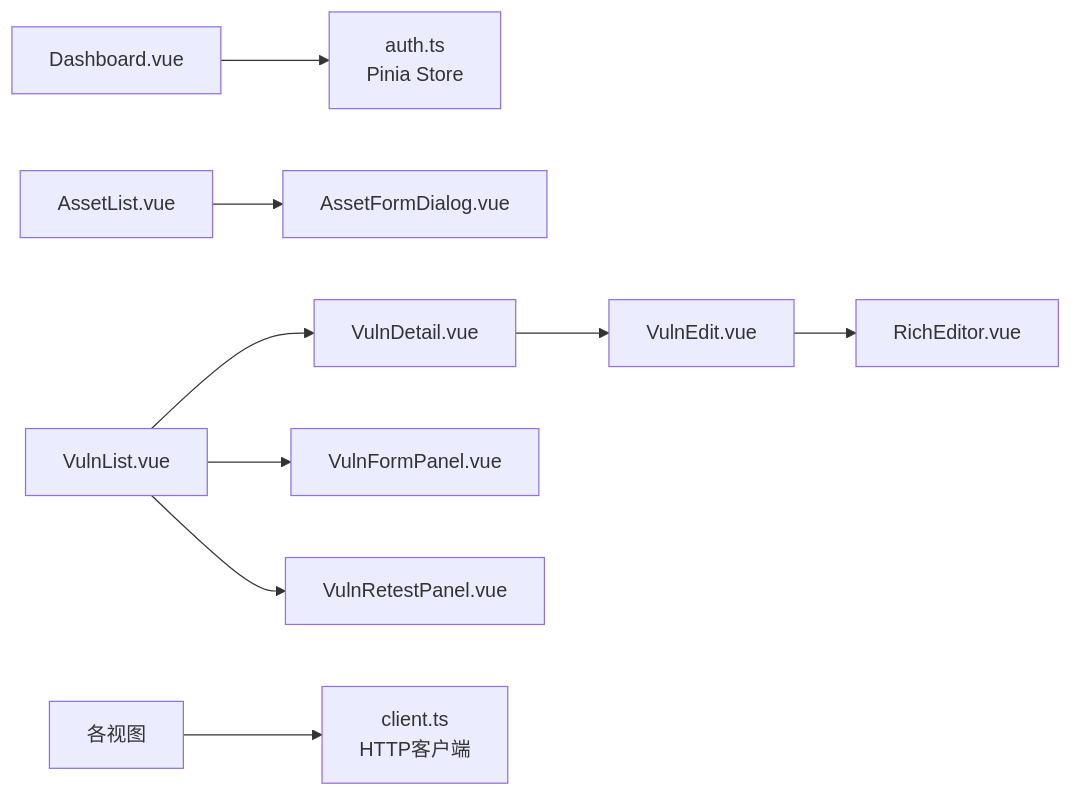
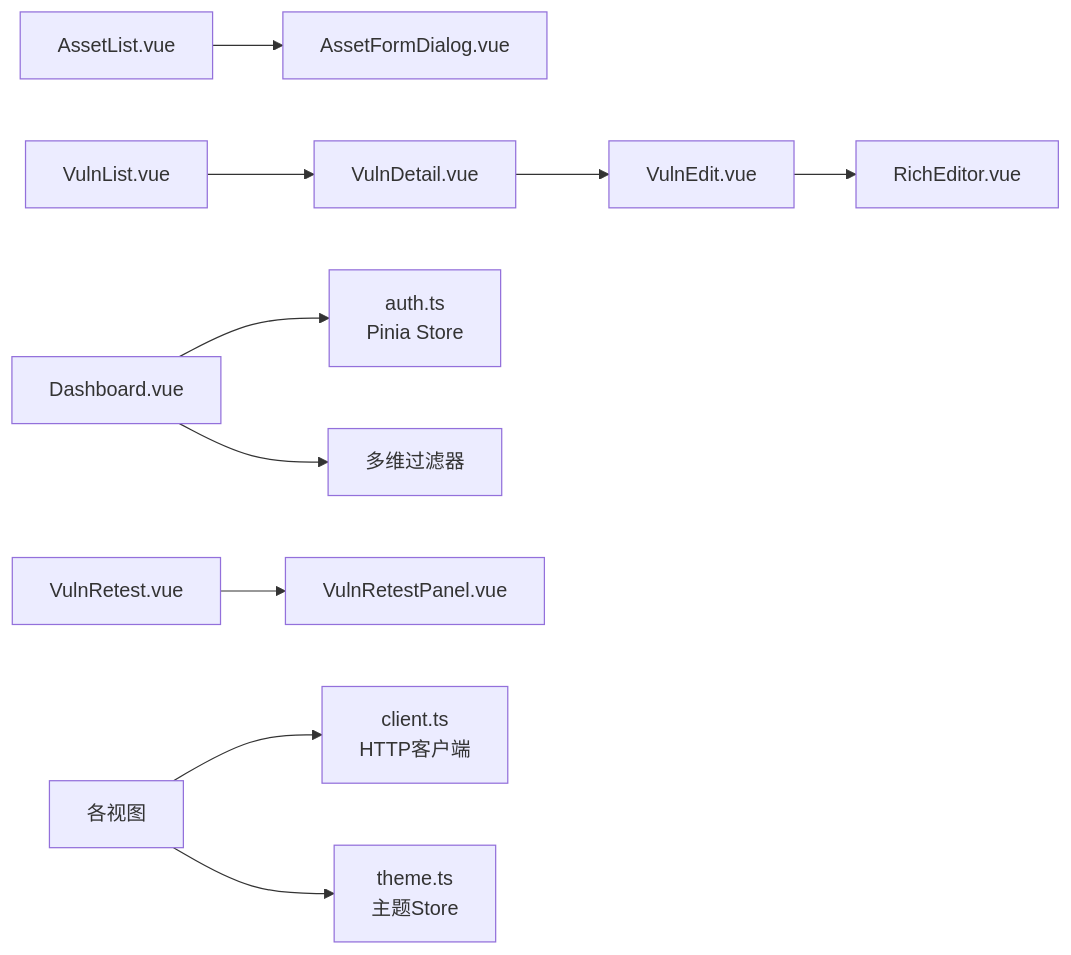
The fifth of 6 diagrams in .qoder/repowiki/zh/content/前端组件/前端组件.md (vu1Art1st/talos), drawn with Mermaid before and after one commit. The commit also changed other lines of this file and 132 other files, not shown here.

````diff
--- a/.qoder/repowiki/zh/content/前端组件/前端组件.md
+++ b/.qoder/repowiki/zh/content/前端组件/前端组件.md
@@ -301,11 +371,12 @@
 ```mermaid
 graph LR
 Dashboard["Dashboard.vue"] --> Store["auth.ts<br/>Pinia Store"]
 AssetList["AssetList.vue"] --> Dialog["AssetFormDialog.vue"]
 VulnList["VulnList.vue"] --> Detail["VulnDetail.vue"]
 Detail --> Edit["VulnEdit.vue"]
 Edit --> Editor["RichEditor.vue"]
-VulnList --> VulnForm["VulnFormPanel.vue"]
-VulnList --> Retest["VulnRetestPanel.vue"]
+VulnRetest["VulnRetest.vue"] --> RetestPanel["VulnRetestPanel.vue"]
 AllViews["各视图"] --> API["client.ts<br/>HTTP客户端"]
+AllViews --> Theme["theme.ts<br/>主题Store"]
+Dashboard --> Filter["多维过滤器"]
 ```
````
